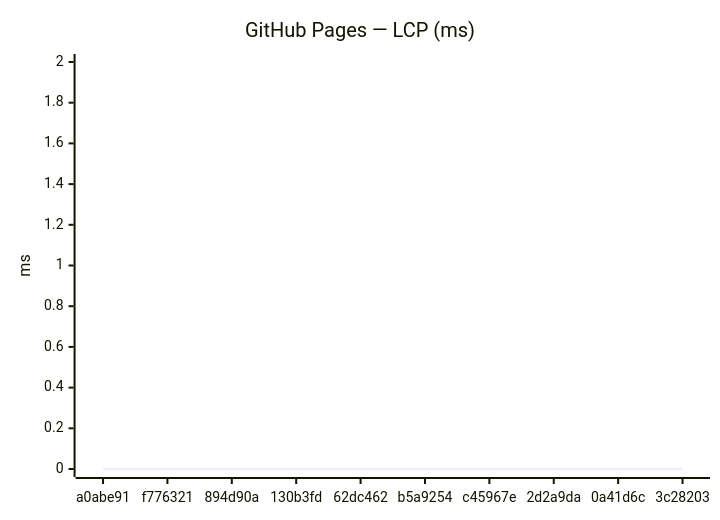
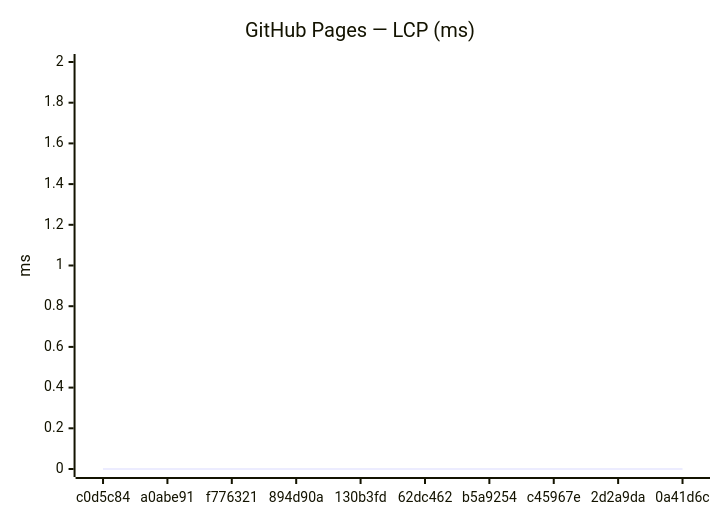
One commit to Metaheurist/Rianell changed the third of 18 diagrams in benchmarks/compare.md. Above: the diagram before and after it, drawn with Mermaid. The commit also changed other lines of this file and 11 other files, not shown here.

````diff
--- a/benchmarks/compare.md
+++ b/benchmarks/compare.md
@@ -54,7 +54,7 @@
 ```mermaid
 xychart-beta
     title "GitHub Pages — LCP (ms)"
-    x-axis ["a0abe91", "f776321", "894d90a", "130b3fd", "62dc462", "b5a9254", "c45967e", "2d2a9da", "0a41d6c", "3c28203"]
+    x-axis ["c0d5c84", "a0abe91", "f776321", "894d90a", "130b3fd", "62dc462", "b5a9254", "c45967e", "2d2a9da", "0a41d6c"]
     y-axis "ms" 0 --> 2
     line [0, 0, 0, 0, 0, 0, 0, 0, 0, 0]
 ```
````
